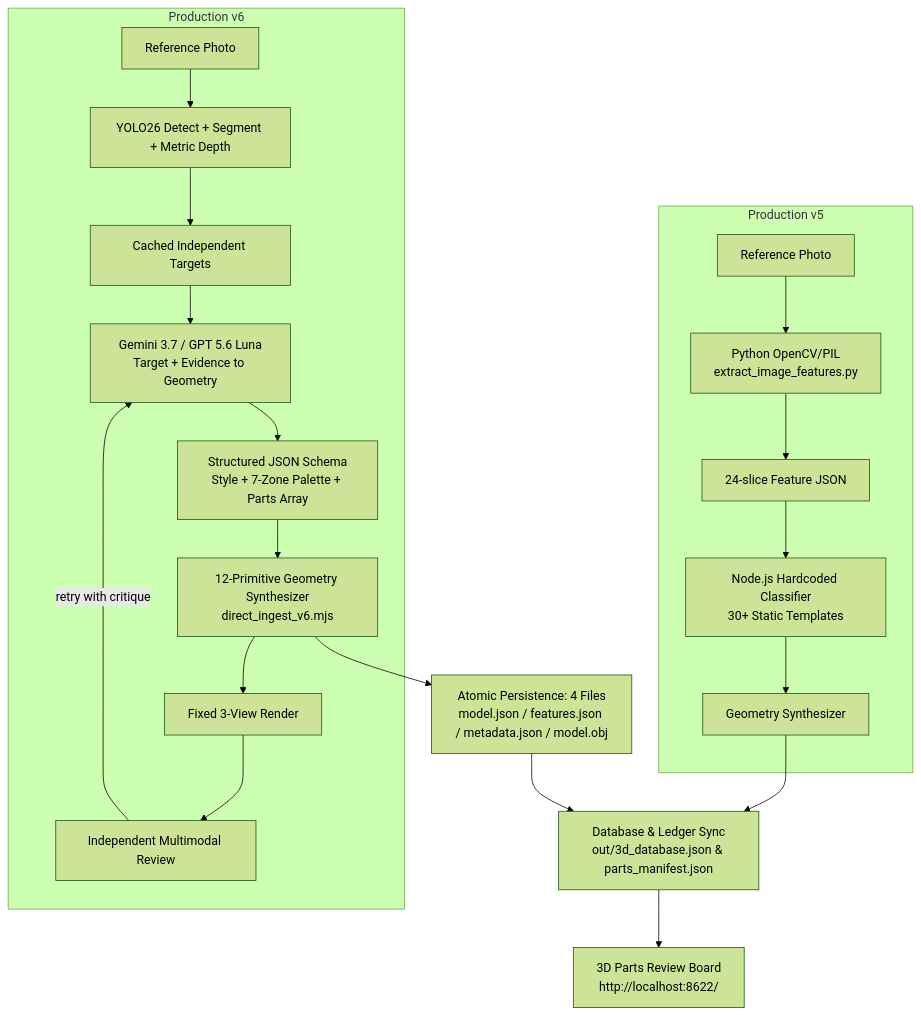
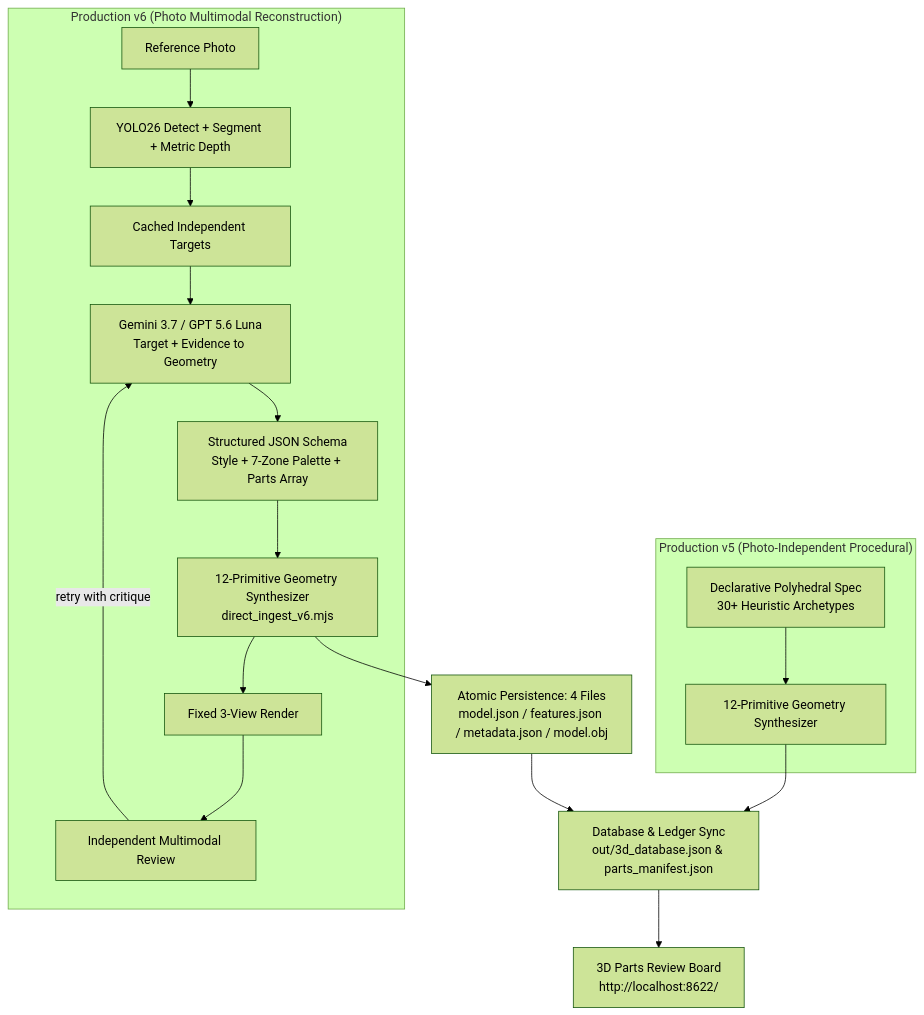
Before and after one commit to changweilin/steel_vs_swarm: the diagram in .agents/skills/llm-img-to-3d-pipeline/SKILL.md, drawn with Mermaid (forest theme). The commit also changed other lines of this file and 1313 other files, not shown here.

````diff
--- a/.agents/skills/llm-img-to-3d-pipeline/SKILL.md
+++ b/.agents/skills/llm-img-to-3d-pipeline/SKILL.md
@@ -59,25 +59,22 @@
 ```mermaid
 graph TD
-    subgraph "Production v5"
-        IMG_OLD[Reference Photo] --> PY_CV[Python OpenCV/PIL<br>extract_image_features.py]
-        PY_CV --> FEAT_JSON[24-slice Feature JSON]
-        FEAT_JSON --> RULE_SYS[Node.js Hardcoded Classifier<br>30+ Static Templates]
-        RULE_SYS --> GEO_V5[Geometry Synthesizer]
+    subgraph "Production v5 (Photo-Independent Procedural)"
+        DECL_SPEC[Declarative Polyhedral Spec<br>30+ Heuristic Archetypes] --> GEO_V5[12-Primitive Geometry Synthesizer]
     end
 
-    subgraph "Production v6"
+    subgraph "Production v6 (Photo Multimodal Reconstruction)"
         IMG_NEW[Reference Photo] --> YOLO26[YOLO26 Detect + Segment + Metric Depth]
         YOLO26 --> TARGETS[Cached Independent Targets]
         TARGETS --> GEMINI_API[Gemini 3.7 / GPT 5.6 Luna<br>Target + Evidence to Geometry]
         GEMINI_API --> STRUCT_JSON[Structured JSON Schema<br>Style + 7-Zone Palette + Parts Array]
         STRUCT_JSON --> GEO_V6[12-Primitive Geometry Synthesizer<br>direct_ingest_v6.mjs]
         GEO_V6 --> PREVIEW[Fixed 3-View Render]
         PREVIEW --> REVIEW[Independent Multimodal Review]
         REVIEW -->|retry with critique| GEMINI_API
     end
 
     GEO_V5 --> DB_SYNC
     GEO_V6 --> ATOMIC_SAVE[Atomic Persistence: 4 Files<br>model.json / features.json / metadata.json / model.obj]
     ATOMIC_SAVE --> DB_SYNC[Database & Ledger Sync<br>out/3d_database.json & parts_manifest.json]
     DB_SYNC --> REVIEW_BOARD[3D Parts Review Board<br>http://localhost:8622/]
 ```
````
